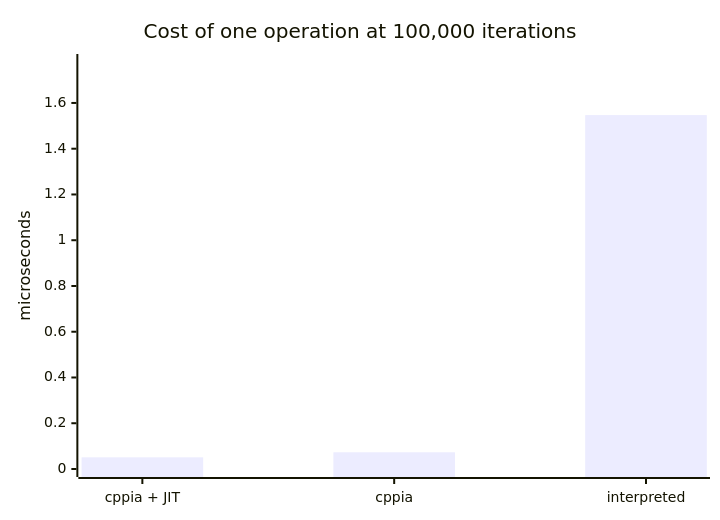
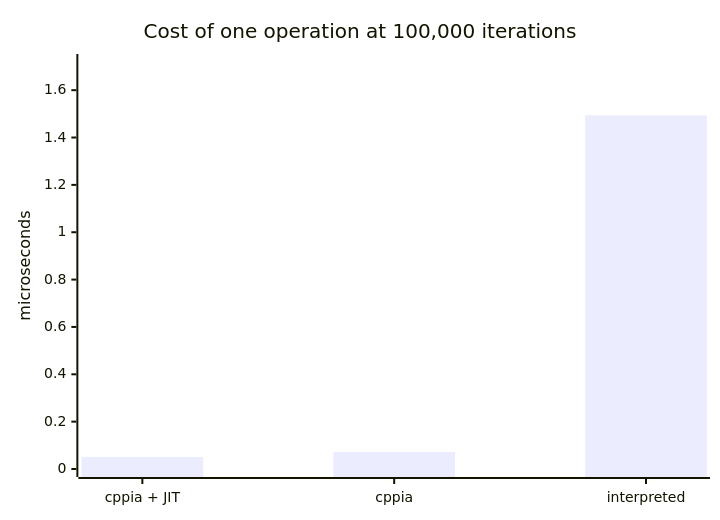
One commit to MeguminBOT/hscript-insanity changed the first of 2 diagrams in docs/mode-benchmarks.md. Above: the diagram before and after it, drawn with Mermaid. The commit also changed other lines of this file and 6 other files, not shown here.

````diff
--- a/docs/mode-benchmarks.md
+++ b/docs/mode-benchmarks.md
@@ -179,7 +179,7 @@
 ```mermaid
 xychart-beta
     title "Cost of one operation at 100,000 iterations"
     x-axis ["cppia + JIT", "cppia", "interpreted"]
-    y-axis "microseconds" 0 --> 1.779
-    bar [0.051, 0.073, 1.547]
+    y-axis "microseconds" 0 --> 1.719
+    bar [0.051, 0.072, 1.494]
 ```
````
